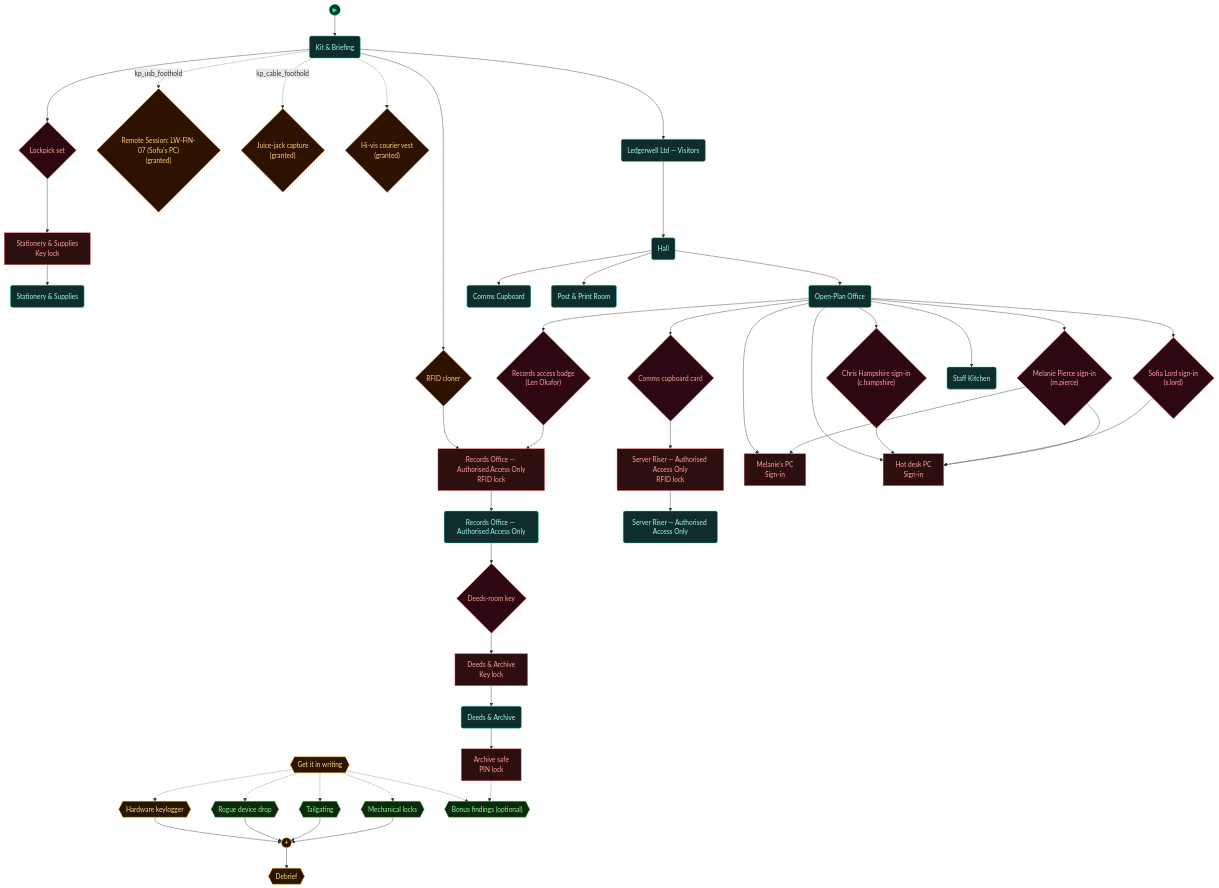
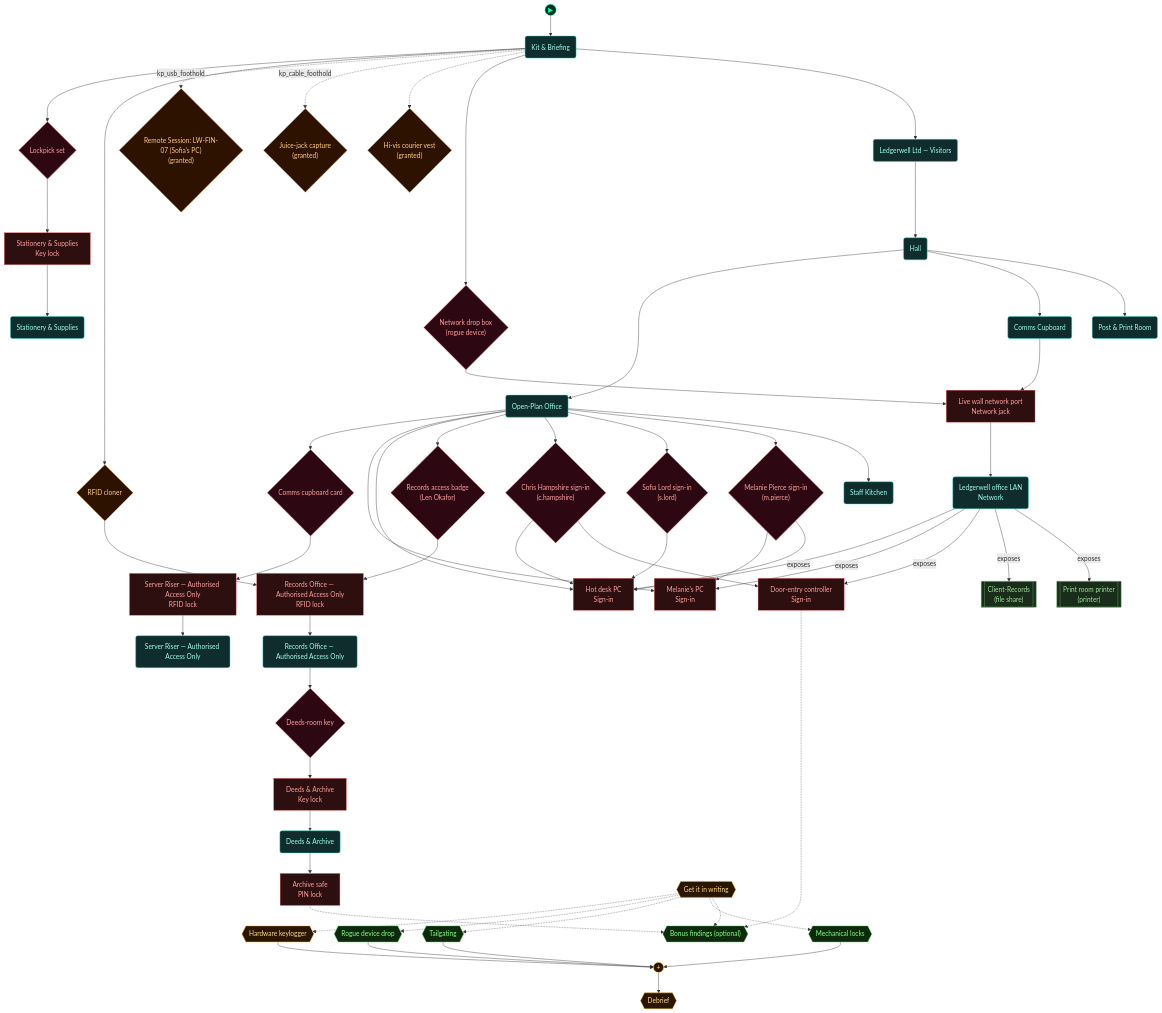
The third of 5 diagrams in scenarios/lab_physical_pentest/dungeon_graph.md (cliffe/BreakEscape), drawn with Mermaid before and after one commit. The commit also changed other lines of this file and 9 other files, not shown here.

First line of the commit message:
lab_physical_pentest adopts networks (9.3a step 9): the drop box jack, the view, the door controller host, capture proofs

```diff
--- a/scenarios/lab_physical_pentest/dungeon_graph.md
+++ b/scenarios/lab_physical_pentest/dungeon_graph.md
@@ -227,6 +244,7 @@
   lock_staff_pc_2["Melanie's PC<br/>Sign-in"]
   lock_hot_desk_pc["Hot desk PC<br/>Sign-in"]
   deeds_room_key{"Deeds-room key"}
+  lock_store_controller["Door-entry controller<br/>Sign-in"]
   lock_p4_safe["Archive safe<br/>PIN lock"]
   grant_records_remote_session{"Remote Session: LW-FIN-07 (Sofia's PC)<br/>(granted)"}
   grant_cable_capture{"Juice-jack capture<br/>(granted)"}
@@ -235,9 +253,14 @@
   signin_hampshire{"Chris Hampshire sign-in<br/>(c.hampshire)"}
   signin_lord{"Sofia Lord sign-in<br/>(s.lord)"}
   signin_pierce{"Melanie Pierce sign-in<br/>(m.pierce)"}
+  device_kit_dropbox{"Network drop box<br/>(rogue device)"}
+  jack_network_port["Live wall network port<br/>Network jack"]
+  P3("Comms Cupboard")
+  net_office_lan("Ledgerwell office LAN<br/>Network")
+  resource_lw_fs01_records[["Client-Records<br/>(file share)"]]
+  resource_lw_prn02[["Print room printer<br/>(printer)"]]
   reception("Ledgerwell Ltd — Visitors")
   hall("Hall")
-  P3("Comms Cupboard")
   P1("Post & Print Room")
   P2("Staff Kitchen")
   aim_authorise{{"Get it in writing"}}
@@ -271,11 +294,21 @@
   card_cm_records_badge --> door_secure_area
   open_plan --> signin_hampshire
   signin_hampshire --> lock_hot_desk_pc
+  signin_hampshire --> lock_store_controller
   open_plan --> signin_lord
   signin_lord --> lock_hot_desk_pc
   open_plan --> signin_pierce
   signin_pierce --> lock_staff_pc_2
   signin_pierce --> lock_hot_desk_pc
+  briefing_room --> device_kit_dropbox
+  P3 --> jack_network_port
+  device_kit_dropbox --> jack_network_port
+  jack_network_port --> net_office_lan
+  net_office_lan -->|exposes| lock_hot_desk_pc
+  net_office_lan -->|exposes| lock_staff_pc_2
+  net_office_lan -->|exposes| lock_store_controller
+  net_office_lan -->|exposes| resource_lw_fs01_records
+  net_office_lan -->|exposes| resource_lw_prn02
   briefing_room --> reception
   reception --> hall
   hall --> open_plan
@@ -292,12 +325,14 @@
   aim_tailgate --> aim_andgate_debrief
   aim_mechanical_locks --> aim_andgate_debrief
   aim_andgate_debrief --> aim_debrief
+  lock_store_controller -.-> aim_bonus_beats
   lock_p4_safe -.-> aim_bonus_beats
 
-  class door_secure_area,door_store_room,door_P5,door_P4,lock_staff_pc_2,lock_hot_desk_pc,lock_p4_safe lock
-  class secure_area,store_room,P5,P4,briefing_room,open_plan,reception,hall,P3,P1,P2 room
-  class lockpick_set,comms_cupboard_card,deeds_room_key,card_cm_records_badge,signin_hampshire,signin_lord,signin_pierce key
+  class door_secure_area,door_store_room,door_P5,door_P4,lock_staff_pc_2,lock_hot_desk_pc,lock_store_controller,lock_p4_safe,jack_network_port lock
+  class secure_area,store_room,P5,P4,briefing_room,open_plan,P3,net_office_lan,reception,hall,P1,P2 room
+  class lockpick_set,comms_cupboard_card,deeds_room_key,card_cm_records_badge,signin_hampshire,signin_lord,signin_pierce,device_kit_dropbox key
   class rfid_cloner,grant_records_remote_session,grant_cable_capture,grant_kit_hivis_vest item
+  class resource_lw_fs01_records,resource_lw_prn02 container
   class aim_authorise,aim_keylogger,aim_debrief,aim_andgate_debrief critical
   class aim_usb,aim_tailgate,aim_mechanical_locks,aim_bonus_beats aim
   class node_start start
```
